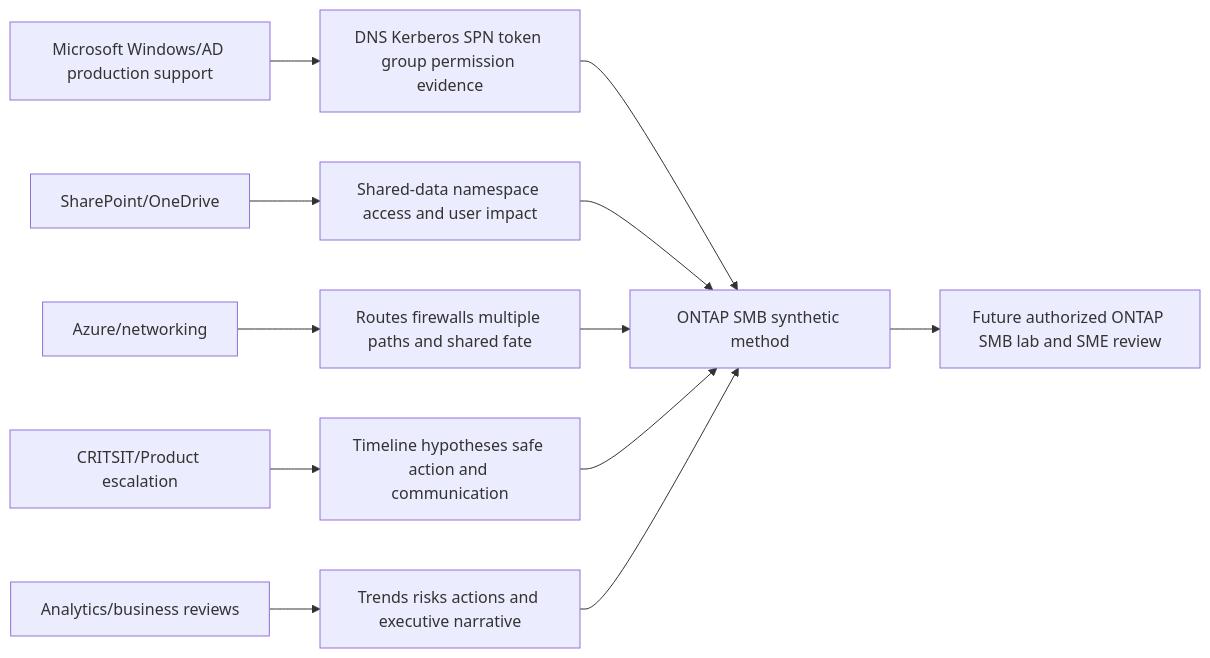
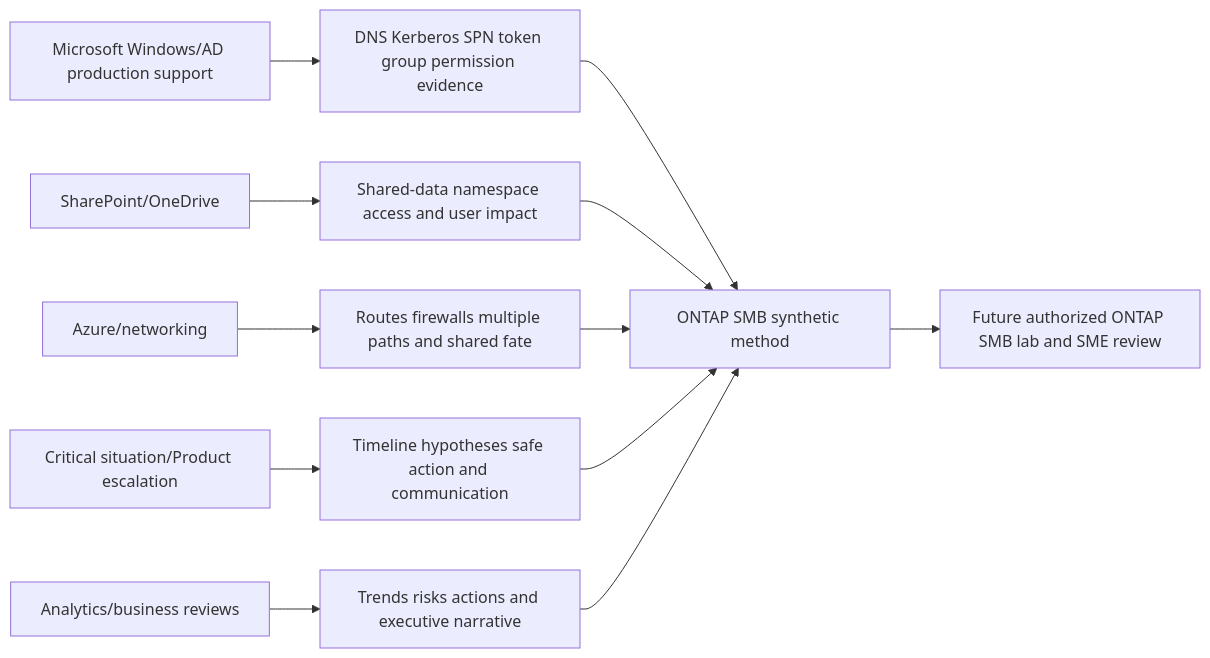
Before and after one commit to hichauhan-in/Interview-Prep: diagram 27 of 28 in NetApp TAM/prep/Part-29-ontap-smb-active-directory.md, drawn with Mermaid. The commit also changed other lines of this file and 493 other files, not shown here.

````diff
--- a/NetApp TAM/prep/Part-29-ontap-smb-active-directory.md
+++ b/NetApp TAM/prep/Part-29-ontap-smb-active-directory.md
@@ -796,14 +796,14 @@
 ```mermaid
 flowchart LR
     MS[Microsoft Windows/AD production support] --> AUTH[DNS Kerberos SPN token group permission evidence]
     SPO[SharePoint/OneDrive] --> DATA[Shared-data namespace access and user impact]
     AZ[Azure/networking] --> PATH[Routes firewalls multiple paths and shared fate]
-    CRIT[CRITSIT/Product escalation] --> INCIDENT[Timeline hypotheses safe action and communication]
+    CRIT[Critical situation/Product escalation] --> INCIDENT[Timeline hypotheses safe action and communication]
     BI[Analytics/business reviews] --> TAM[Trends risks actions and executive narrative]
     AUTH --> SMB[ONTAP SMB synthetic method]
     DATA --> SMB
     PATH --> SMB
     INCIDENT --> SMB
     TAM --> SMB
     SMB --> LAB[Future authorized ONTAP SMB lab and SME review]
 ```
````
